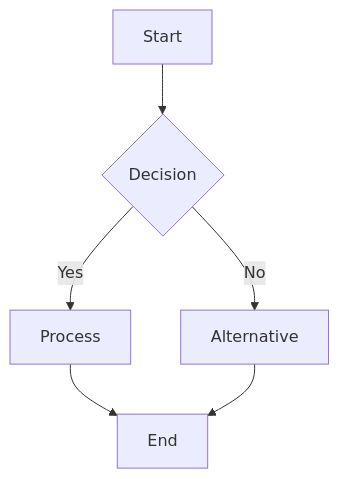
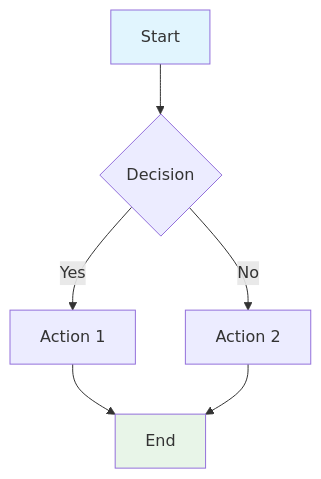
Before and after one commit to AlexFiliakov/iQuest: the third of 7 diagrams in .claude/commands/simone/mermaid.md, drawn with Mermaid. The commit also changed other lines of this file and 9 other files, not shown here.

First line of the commit message:
docs: update architecture documentation and project specs

````diff
--- a/.claude/commands/simone/mermaid.md
+++ b/.claude/commands/simone/mermaid.md
@@ -153,8 +94,12 @@
 ```mermaid
-flowchart TB
+flowchart TD
     A[Start] --> B{Decision}
-    B -->|Yes| C[Process]
-    B -->|No| D[Alternative]
+    B -->|Yes| C[Action 1]
+    B -->|No| D[Action 2]
     C --> E[End]
     D --> E
+    
+    %% Styling
+    style A fill:#e1f5fe
+    style E fill:#e8f5e8
 ```
````
